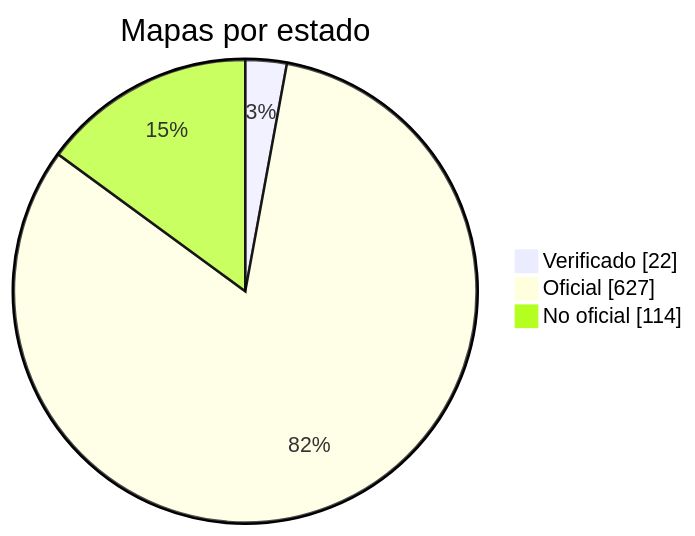
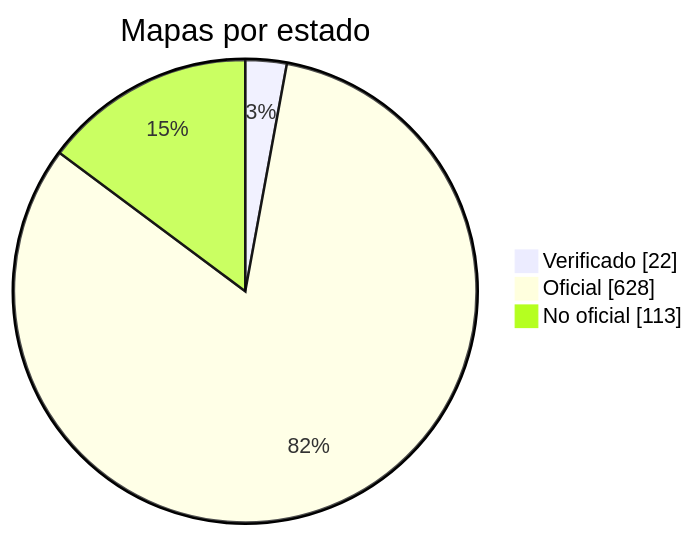
One commit to nobrega8/mbmap-library changed the diagram in docs/readme/README_ES.md. Above: the diagram before and after it, drawn with Mermaid. The commit also changed 6 other files, not shown here.

````diff
--- a/docs/readme/README_ES.md
+++ b/docs/readme/README_ES.md
@@ -54,7 +54,7 @@
 ```mermaid
 pie showData
     title Mapas por estado
     "Verificado" : 22
-    "Oficial" : 627
-    "No oficial" : 114
+    "Oficial" : 628
+    "No oficial" : 113
 ```
````
